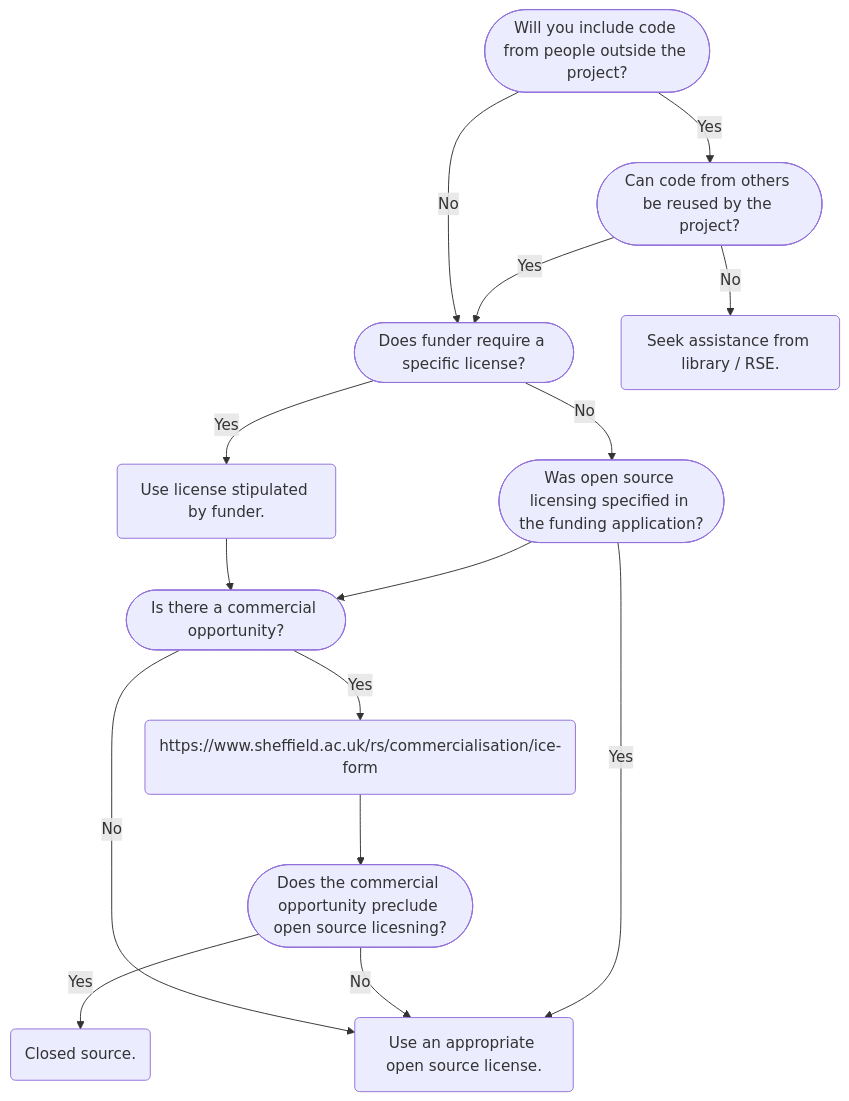
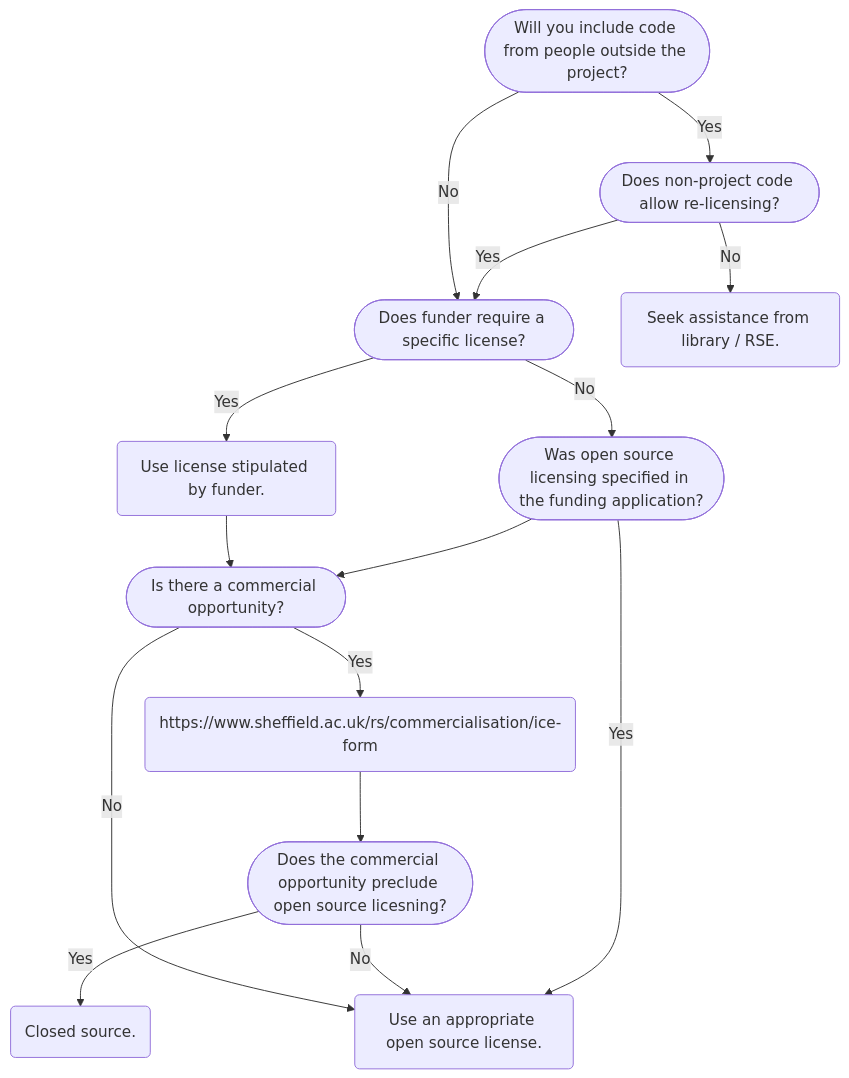
The diagram in flowchart.mmd (RSE-Sheffield/software_licensing), drawn with Mermaid before and after one commit. The commit also changed 1 other file, not shown here.

```diff
--- a/flowchart.mmd
+++ b/flowchart.mmd
@@ -1,31 +1,31 @@
 flowchart TD
     A([Will you include code from people outside the project?])
-    B([Can code from others be reused by the project?])
+    B([Does non-project code allow re-licensing?])
     C([Does funder require a specific license?])    
     D([Was open source licensing specified in the funding application?])    
 
     E([Is there a commercial opportunity?])
     F(https://www.sheffield.ac.uk/rs/commercialisation/ice-form)
 
     G(Use an appropriate open source license.)
     H(Seek assistance from library / RSE.)
     I(Use license stipulated by funder.)
 
     J([Does the commercial opportunity preclude open source licesning?])
 
     K(Closed source.)
 
     A -->|Yes| B
     B -->|No| H
     B -->|Yes| C
     A -->|No| C
     C -->|Yes| I
     C -->|No| D
     D -->|Yes| G
     D --> E
     E -->|Yes| F
     F --> J
     J -->|No| G
     I --> E
     E -->|No| G
     J -->|Yes| K
```
